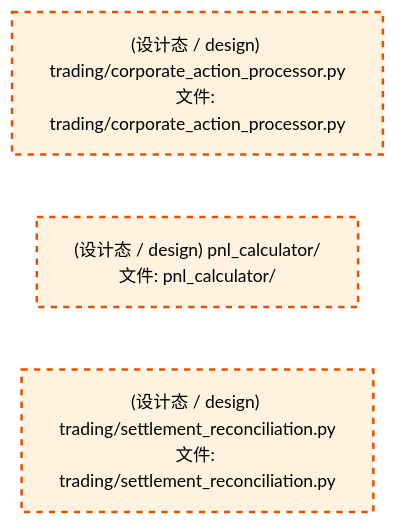
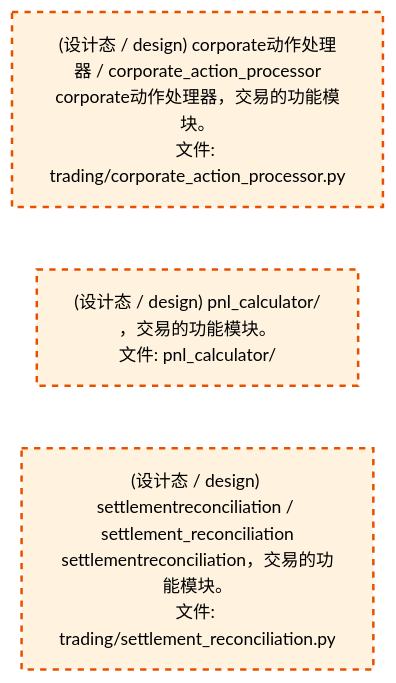
The third of 4 diagrams in docs/02_enterprise_architecture/02_domain_architecture_docs/72_d_trading.md (xuanFelixVan/ZephyrAlpha), drawn with Mermaid before and after one commit. The commit also changed other lines of this file and 60 other files, not shown here.

````diff
--- a/docs/02_enterprise_architecture/02_domain_architecture_docs/72_d_trading.md
+++ b/docs/02_enterprise_architecture/02_domain_architecture_docs/72_d_trading.md
@@ -298,14 +298,14 @@
 ```mermaid
 %%{init: {'theme': 'base', 'themeVariables': {'primaryColor': '#eaeaea', 'primaryTextColor': '#333333', 'primaryBorderColor': '#666666', 'lineColor': '#666666', 'secondaryColor': '#eaeaea', 'tertiaryColor': '#eaeaea', 'fontSize': '14px'}}}%%
 flowchart TD
-    src_zephyr_trading_corporate_action_processor_py["(设计态 / design) trading/corporate_action_processor.py<br/>文件: trading/corporate_action_processor.py"]
-    src_zephyr_trading_pnl_calculator["(设计态 / design) pnl_calculator/<br/>文件: pnl_calculator/"]
-    src_zephyr_trading_settlement_reconciliation_py["(设计态 / design) trading/settlement_reconciliation.py<br/>文件: trading/settlement_reconciliation.py"]
+    src_zephyr_trading_corporate_action_processor_py["(设计态 / design) corporate动作处理器 / corporate_action_processor<br/>corporate动作处理器，交易的功能模块。<br/>文件: trading/corporate_action_processor.py"]
+    src_zephyr_trading_pnl_calculator["(设计态 / design) pnl_calculator/<br/>，交易的功能模块。<br/>文件: pnl_calculator/"]
+    src_zephyr_trading_settlement_reconciliation_py["(设计态 / design) settlementreconciliation / settlement_reconciliation<br/>settlementreconciliation，交易的功能模块。<br/>文件: trading/settlement_reconciliation.py"]
     src_zephyr_trading_corporate_action_processor_py ~~~ src_zephyr_trading_pnl_calculator
     src_zephyr_trading_pnl_calculator ~~~ src_zephyr_trading_settlement_reconciliation_py
     classDef production fill:#e1f5fe,stroke:#01579b,stroke-width:2px,color:#000
     classDef design fill:#fff3e0,stroke:#e65100,stroke-width:2px,color:#000,stroke-dasharray: 5 5
     classDef external_prod fill:#e8f4fd,stroke:#0277bd,stroke-width:1px,color:#000
     classDef external_design fill:#fff8e7,stroke:#ef6c00,stroke-width:1px,color:#000,stroke-dasharray: 5 5
     class src_zephyr_trading_corporate_action_processor_py,src_zephyr_trading_pnl_calculator,src_zephyr_trading_settlement_reconciliation_py design
 ```
````
